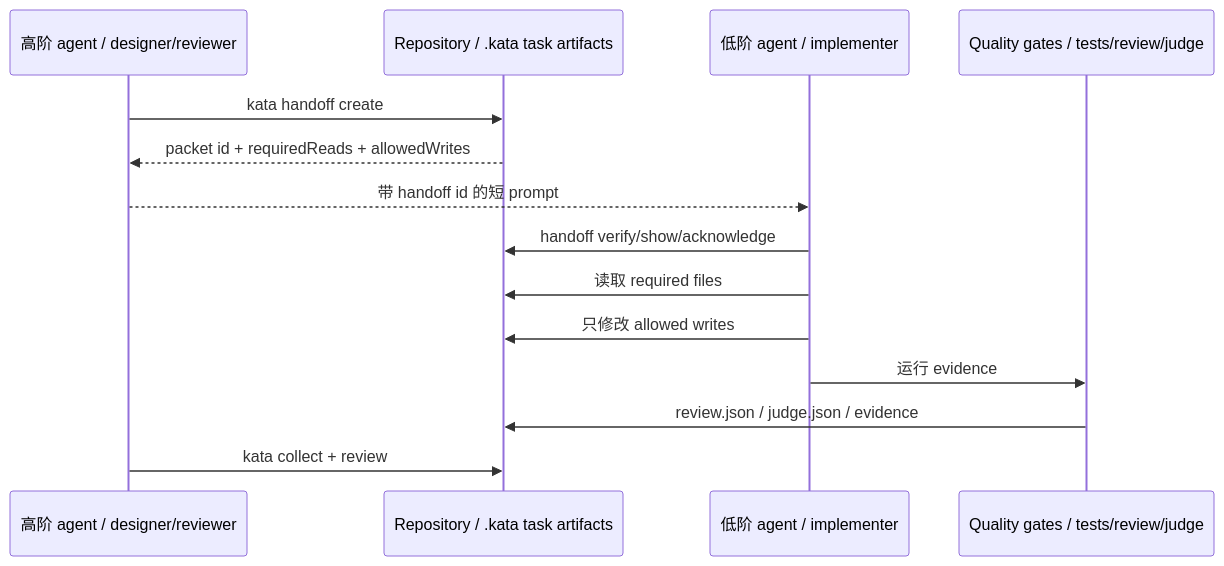
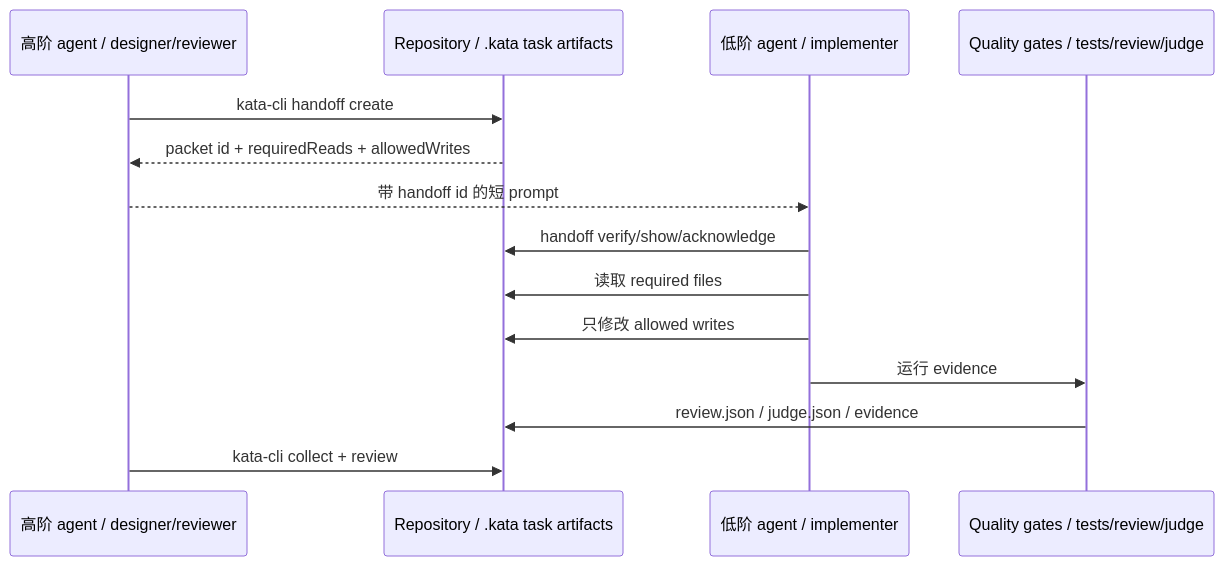
One commit to geebytes/kata changed the fourth of 6 diagrams in README_ZH.md. Above: the diagram before and after it, drawn with Mermaid. The commit also changed other lines of this file and 39 other files, not shown here.

Commit message:
fix: add kata-cli binary entrypoint

````diff
--- a/README_ZH.md
+++ b/README_ZH.md
@@ -150,17 +150,17 @@
 ```mermaid
 sequenceDiagram
     participant H as 高阶 agent / designer/reviewer
     participant R as Repository / .kata task artifacts
     participant L as 低阶 agent / implementer
     participant Q as Quality gates / tests/review/judge
 
-    H->>R: kata handoff create
+    H->>R: kata-cli handoff create
     R-->>H: packet id + requiredReads + allowedWrites
     H-->>L: 带 handoff id 的短 prompt
     L->>R: handoff verify/show/acknowledge
     L->>R: 读取 required files
     L->>R: 只修改 allowed writes
     L->>Q: 运行 evidence
     Q->>R: review.json / judge.json / evidence
-    H->>R: kata collect + review
+    H->>R: kata-cli collect + review
 ```
````
